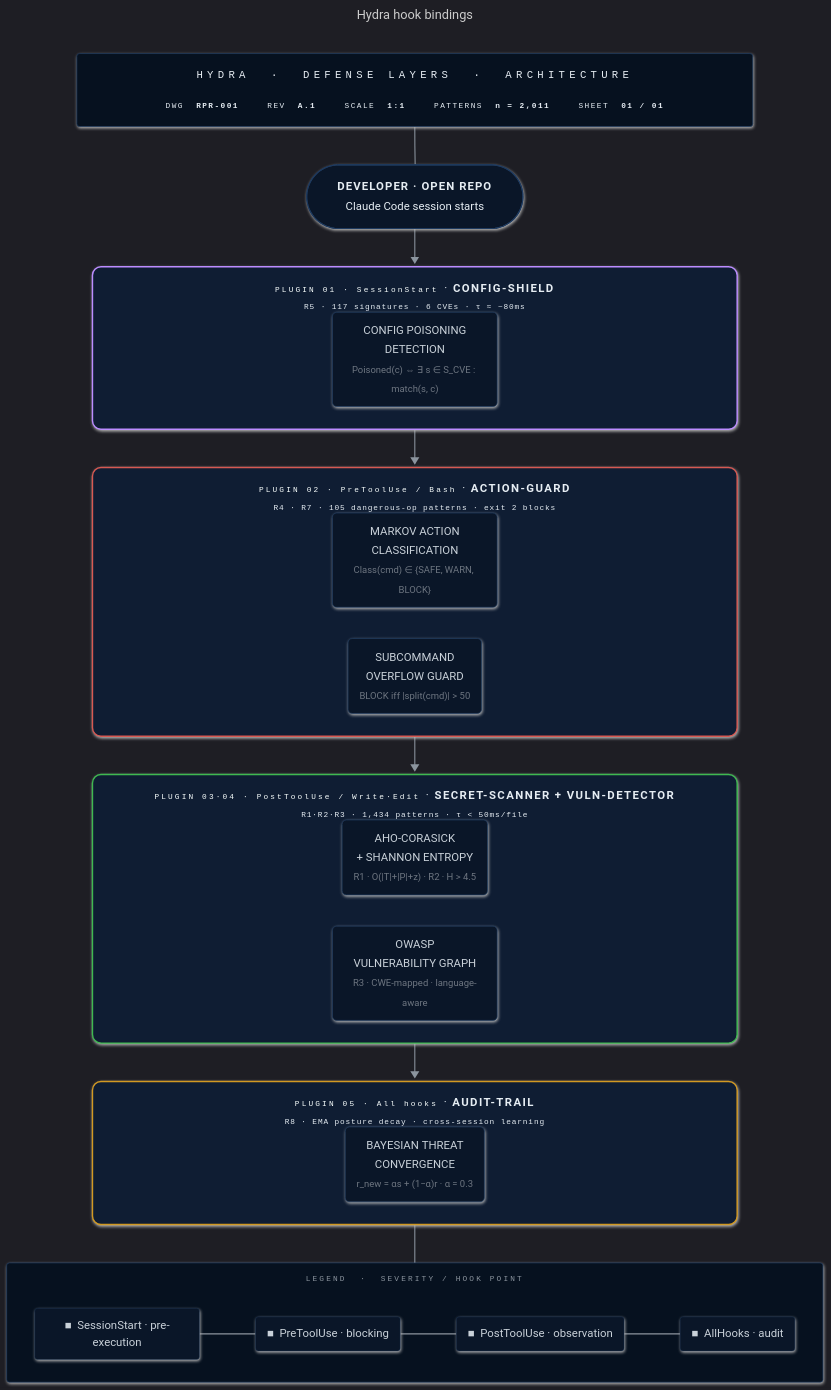
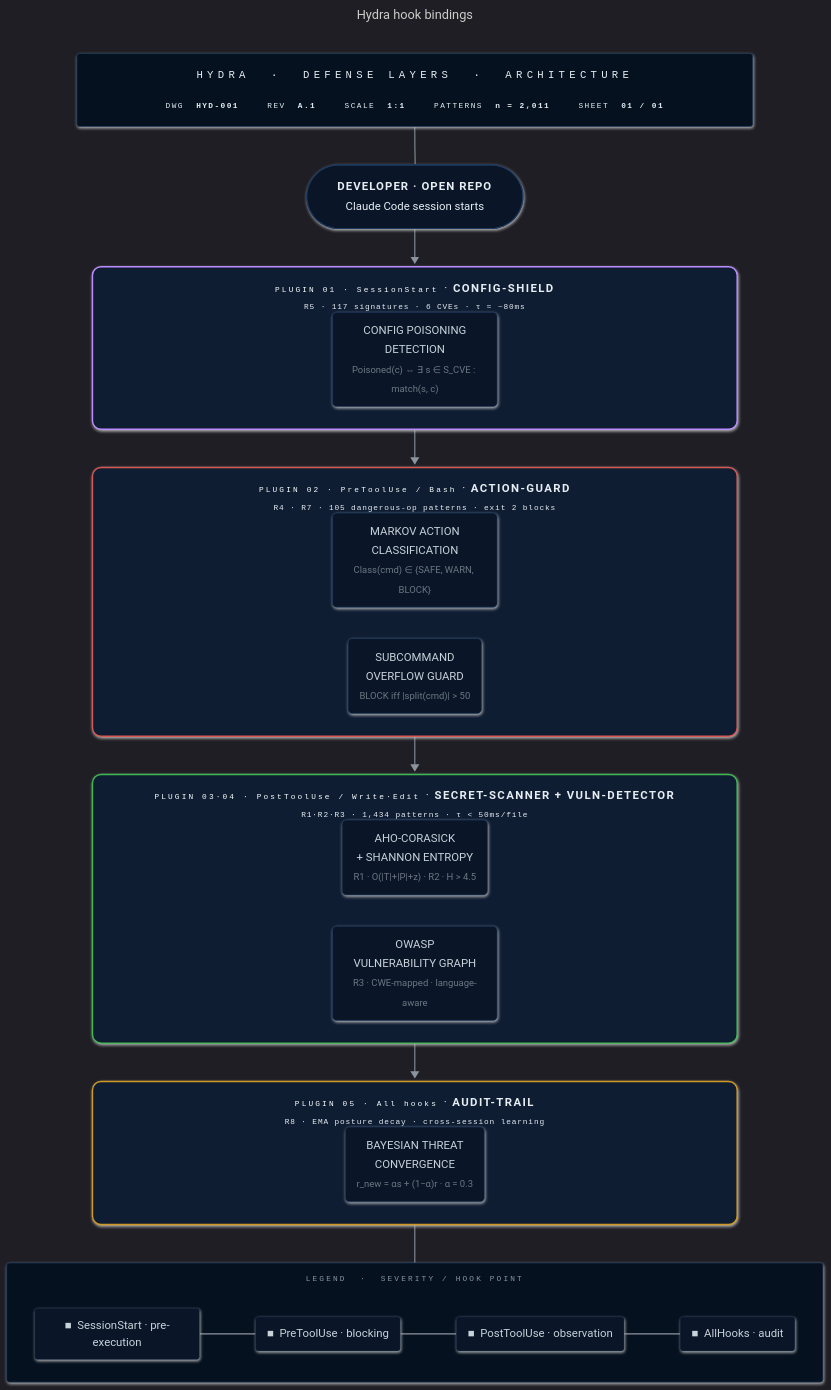
Before and after one commit to enchanter-ai/hydra: the diagram in docs/assets/pipeline.mmd, drawn with Mermaid. The commit also changed 2 other files, not shown here.

Commit message:
fix: update old 3-letter drawing codes in .mmd title blocks

```diff
--- a/docs/assets/pipeline.mmd
+++ b/docs/assets/pipeline.mmd
@@ -1,72 +1,72 @@
 ---
 title: Hydra hook bindings
 config:
   look: neo
   theme: dark
   flowchart:
     curve: basis
     padding: 18
     nodeSpacing: 44
     rankSpacing: 54
     htmlLabels: true
     subGraphTitleMargin:
       top: 14
       bottom: 18
 ---
 flowchart TD
-    TitleBlock["<div style='font-family:ui-monospace,SFMono-Regular,Consolas,monospace;text-align:center;min-width:900px;padding:6px 10px;line-height:1.8'><div style='color:#58a6ff;font-size:15px;letter-spacing:6px;border-bottom:1px solid #1e3a5f;padding-bottom:10px;margin-bottom:10px'>HYDRA &nbsp;·&nbsp; DEFENSE&nbsp;LAYERS &nbsp;·&nbsp; ARCHITECTURE</div><div style='display:flex;gap:40px;justify-content:center;font-size:11px;color:#8b949e;letter-spacing:2px'><span>DWG&nbsp;&nbsp;<b style='color:#e6edf3'>RPR-001</b></span><span>REV&nbsp;&nbsp;<b style='color:#e6edf3'>A.1</b></span><span>SCALE&nbsp;&nbsp;<b style='color:#e6edf3'>1:1</b></span><span>PATTERNS&nbsp;&nbsp;<b style='color:#e6edf3'>n&nbsp;=&nbsp;2,011</b></span><span>SHEET&nbsp;&nbsp;<b style='color:#e6edf3'>01&nbsp;/&nbsp;01</b></span></div></div>"]
+    TitleBlock["<div style='font-family:ui-monospace,SFMono-Regular,Consolas,monospace;text-align:center;min-width:900px;padding:6px 10px;line-height:1.8'><div style='color:#58a6ff;font-size:15px;letter-spacing:6px;border-bottom:1px solid #1e3a5f;padding-bottom:10px;margin-bottom:10px'>HYDRA &nbsp;·&nbsp; DEFENSE&nbsp;LAYERS &nbsp;·&nbsp; ARCHITECTURE</div><div style='display:flex;gap:40px;justify-content:center;font-size:11px;color:#8b949e;letter-spacing:2px'><span>DWG&nbsp;&nbsp;<b style='color:#e6edf3'>HYD-001</b></span><span>REV&nbsp;&nbsp;<b style='color:#e6edf3'>A.1</b></span><span>SCALE&nbsp;&nbsp;<b style='color:#e6edf3'>1:1</b></span><span>PATTERNS&nbsp;&nbsp;<b style='color:#e6edf3'>n&nbsp;=&nbsp;2,011</b></span><span>SHEET&nbsp;&nbsp;<b style='color:#e6edf3'>01&nbsp;/&nbsp;01</b></span></div></div>"]
 
     User(["<div style='text-align:center;line-height:1.8;padding:4px 12px'><b style='letter-spacing:1.5px'>DEVELOPER&nbsp;·&nbsp;OPEN&nbsp;REPO</b><br/><span style='color:#8b949e;font-size:12px'>Claude Code session starts</span></div>"])
 
     subgraph SS["<div style='text-align:center;min-width:900px;line-height:2'><div><span style='font-family:ui-monospace,monospace;color:#8b949e;font-size:11px;letter-spacing:3px'>PLUGIN&nbsp;01&nbsp;·&nbsp;SessionStart</span>&nbsp;&nbsp;·&nbsp;&nbsp;<b style='letter-spacing:2px'>CONFIG-SHIELD</b></div><div style='color:#6e7681;font-size:11px;font-family:ui-monospace,monospace;letter-spacing:1.2px'>R5&nbsp;·&nbsp;117&nbsp;signatures&nbsp;·&nbsp;6&nbsp;CVEs&nbsp;·&nbsp;τ&nbsp;≈&nbsp;~80ms</div></div>"]
         direction LR
         config["<div style='text-align:center;line-height:1.7'>CONFIG&nbsp;POISONING<br/>DETECTION<br/><small style='color:#6e7681'>Poisoned(c) ⇔ ∃ s ∈ S_CVE : match(s, c)</small></div>"]
     end
 
     subgraph Pre["<div style='text-align:center;min-width:900px;line-height:2'><div><span style='font-family:ui-monospace,monospace;color:#8b949e;font-size:11px;letter-spacing:3px'>PLUGIN&nbsp;02&nbsp;·&nbsp;PreToolUse&nbsp;/&nbsp;Bash</span>&nbsp;&nbsp;·&nbsp;&nbsp;<b style='letter-spacing:2px'>ACTION-GUARD</b></div><div style='color:#6e7681;font-size:11px;font-family:ui-monospace,monospace;letter-spacing:1.2px'>R4 · R7&nbsp;·&nbsp;105&nbsp;dangerous-op&nbsp;patterns&nbsp;·&nbsp;exit&nbsp;2&nbsp;blocks</div></div>"]
         direction LR
         guard["<div style='text-align:center;line-height:1.7'>MARKOV&nbsp;ACTION<br/>CLASSIFICATION<br/><small style='color:#6e7681'>Class(cmd) ∈ {SAFE, WARN, BLOCK}</small></div>"]
         overflow["<div style='text-align:center;line-height:1.7'>SUBCOMMAND<br/>OVERFLOW&nbsp;GUARD<br/><small style='color:#6e7681'>BLOCK iff |split(cmd)| > 50</small></div>"]
     end
 
     subgraph Post["<div style='text-align:center;min-width:900px;line-height:2'><div><span style='font-family:ui-monospace,monospace;color:#8b949e;font-size:11px;letter-spacing:3px'>PLUGIN&nbsp;03·04&nbsp;·&nbsp;PostToolUse&nbsp;/&nbsp;Write·Edit</span>&nbsp;&nbsp;·&nbsp;&nbsp;<b style='letter-spacing:2px'>SECRET-SCANNER&nbsp;+&nbsp;VULN-DETECTOR</b></div><div style='color:#6e7681;font-size:11px;font-family:ui-monospace,monospace;letter-spacing:1.2px'>R1·R2·R3&nbsp;·&nbsp;1,434&nbsp;patterns&nbsp;·&nbsp;τ&nbsp;&lt;&nbsp;50ms/file</div></div>"]
         direction LR
         secrets["<div style='text-align:center;line-height:1.7'>AHO-CORASICK<br/>+ SHANNON ENTROPY<br/><small style='color:#6e7681'>R1 · O(|T|+|P|+z) · R2 · H > 4.5</small></div>"]
         vulns["<div style='text-align:center;line-height:1.7'>OWASP<br/>VULNERABILITY&nbsp;GRAPH<br/><small style='color:#6e7681'>R3 · CWE-mapped · language-aware</small></div>"]
     end
 
     subgraph Audit["<div style='text-align:center;min-width:900px;line-height:2'><div><span style='font-family:ui-monospace,monospace;color:#8b949e;font-size:11px;letter-spacing:3px'>PLUGIN&nbsp;05&nbsp;·&nbsp;All&nbsp;hooks</span>&nbsp;&nbsp;·&nbsp;&nbsp;<b style='letter-spacing:2px'>AUDIT-TRAIL</b></div><div style='color:#6e7681;font-size:11px;font-family:ui-monospace,monospace;letter-spacing:1.2px'>R8&nbsp;·&nbsp;EMA&nbsp;posture&nbsp;decay&nbsp;·&nbsp;cross-session&nbsp;learning</div></div>"]
         direction LR
         audit["<div style='text-align:center;line-height:1.7'>BAYESIAN&nbsp;THREAT<br/>CONVERGENCE<br/><small style='color:#6e7681'>r_new = αs + (1−α)r · α = 0.3</small></div>"]
     end
 
     subgraph Legend["<div style='font-family:ui-monospace,monospace;color:#8b949e;font-size:11px;letter-spacing:3px;min-width:900px;text-align:center'>LEGEND&nbsp;&nbsp;·&nbsp;&nbsp;SEVERITY&nbsp;/&nbsp;HOOK&nbsp;POINT</div>"]
         direction LR
         lg1["<span style='color:#bc8cff'>■</span>&nbsp;&nbsp;SessionStart&nbsp;·&nbsp;pre-execution"] --- lg2["<span style='color:#d75952'>■</span>&nbsp;&nbsp;PreToolUse&nbsp;·&nbsp;blocking"] --- lg3["<span style='color:#3fb950'>■</span>&nbsp;&nbsp;PostToolUse&nbsp;·&nbsp;observation"] --- lg4["<span style='color:#d29922'>■</span>&nbsp;&nbsp;AllHooks&nbsp;·&nbsp;audit"]
     end
 
     TitleBlock ~~~ User
     User --> SS
     SS --> Pre
     Pre --> Post
     Post --> Audit
     Audit ~~~ Legend
 
     classDef step fill:#0a1628,stroke:#1e3a5f,stroke-width:1px,color:#c9d1d9,rx:6,ry:6
     classDef userNode fill:#0a1628,stroke:#1e3a5f,stroke-width:1.5px,color:#e6edf3,rx:10,ry:10
     classDef titleBlock fill:#06111f,stroke:#1e3a5f,stroke-width:1px,color:#e6edf3,rx:4,ry:4
     classDef legend fill:#06111f,stroke:#1e3a5f,stroke-width:1px,color:#8b949e,rx:4,ry:4
     classDef legendItem fill:#0a1628,stroke:#1e3a5f,stroke-width:0.5px,color:#c9d1d9,rx:4,ry:4
 
     class User userNode
     class config,guard,overflow,secrets,vulns,audit step
     class TitleBlock titleBlock
     class Legend legend
     class lg1,lg2,lg3,lg4 legendItem
 
     style SS fill:#0f1d33,stroke:#bc8cff,stroke-width:2px,color:#e6edf3,rx:12,ry:12
     style Pre fill:#0f1d33,stroke:#d75952,stroke-width:2px,color:#e6edf3,rx:12,ry:12
     style Post fill:#0f1d33,stroke:#3fb950,stroke-width:2px,color:#e6edf3,rx:12,ry:12
     style Audit fill:#0f1d33,stroke:#d29922,stroke-width:2px,color:#e6edf3,rx:12,ry:12
 
     linkStyle default stroke:#8b949e,stroke-width:1.5px
```
